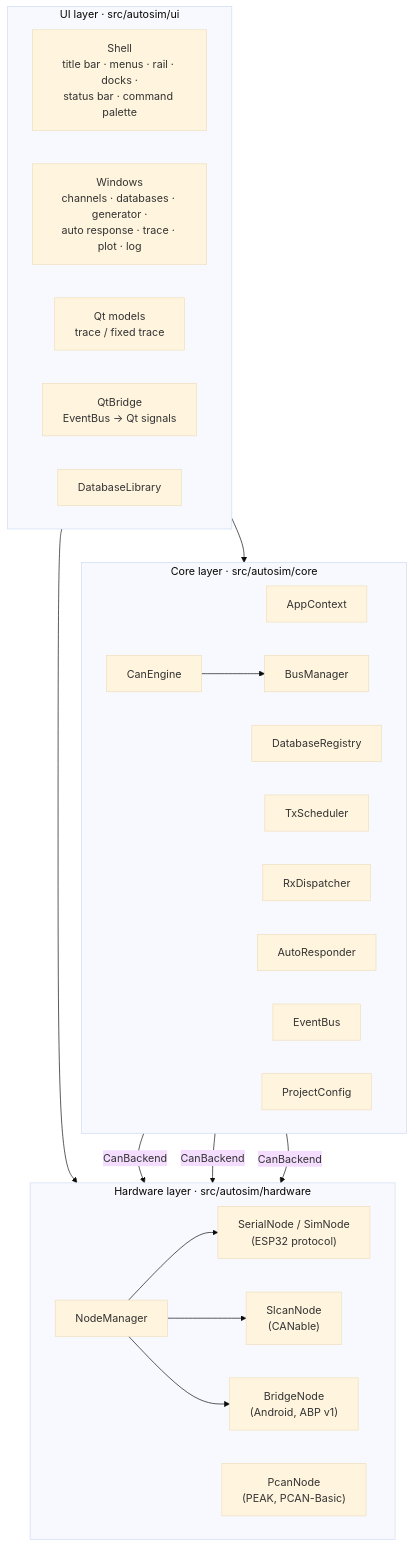
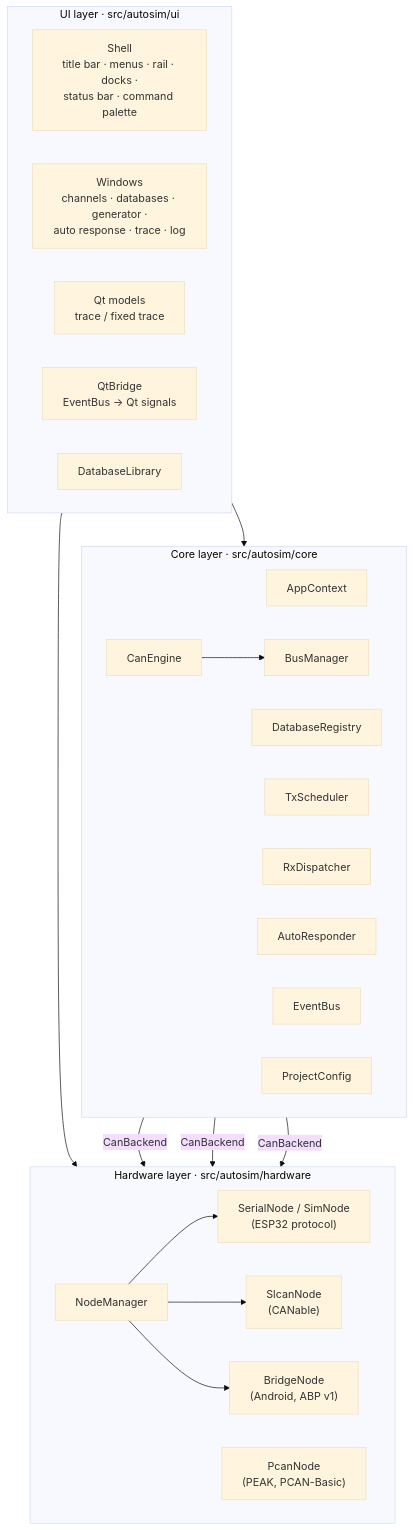
Before and after one commit to Thuongst97/CAN_SIMULATOR: the first of 5 diagrams in docs/design/HLD.md, drawn with Mermaid (base theme). The commit also changed other lines of this file and 24 other files, not shown here.

````diff
--- a/docs/design/HLD.md
+++ b/docs/design/HLD.md
@@ -14,36 +14,36 @@
 ```mermaid
 flowchart TB
     subgraph L1["UI layer · src/autosim/ui"]
         direction LR
         shell["Shell<br/>title bar · menus · rail · docks ·<br/>status bar · command palette"]
-        win["Windows<br/>channels · databases · generator ·<br/>auto response · trace · plot · log"]
+        win["Windows<br/>channels · databases · generator ·<br/>auto response · trace · log"]
         models["Qt models<br/>trace / fixed trace"]
         qtb["QtBridge<br/>EventBus → Qt signals"]
         lib["DatabaseLibrary"]
     end
     subgraph L2["Core layer · src/autosim/core"]
         direction LR
         ctx["AppContext"]
         eng["CanEngine"]
         reg["DatabaseRegistry"]
         txs["TxScheduler"]
         rxd["RxDispatcher"]
         ar["AutoResponder"]
         bm["BusManager"]
         ev["EventBus"]
         cfg["ProjectConfig"]
     end
     subgraph L3["Hardware layer · src/autosim/hardware"]
         direction LR
         nm["NodeManager"]
         esp["SerialNode / SimNode<br/>(ESP32 protocol)"]
         sl["SlcanNode<br/>(CANable)"]
         pc["PcanNode<br/>(PEAK, PCAN-Basic)"]
         brn["BridgeNode<br/>(Android, ABP v1)"]
     end
     L1 --> L2
     L1 --> nm
     eng --> bm
     bm -->|CanBackend| esp & sl & brn
     nm --> esp & sl & brn
 ```
````
